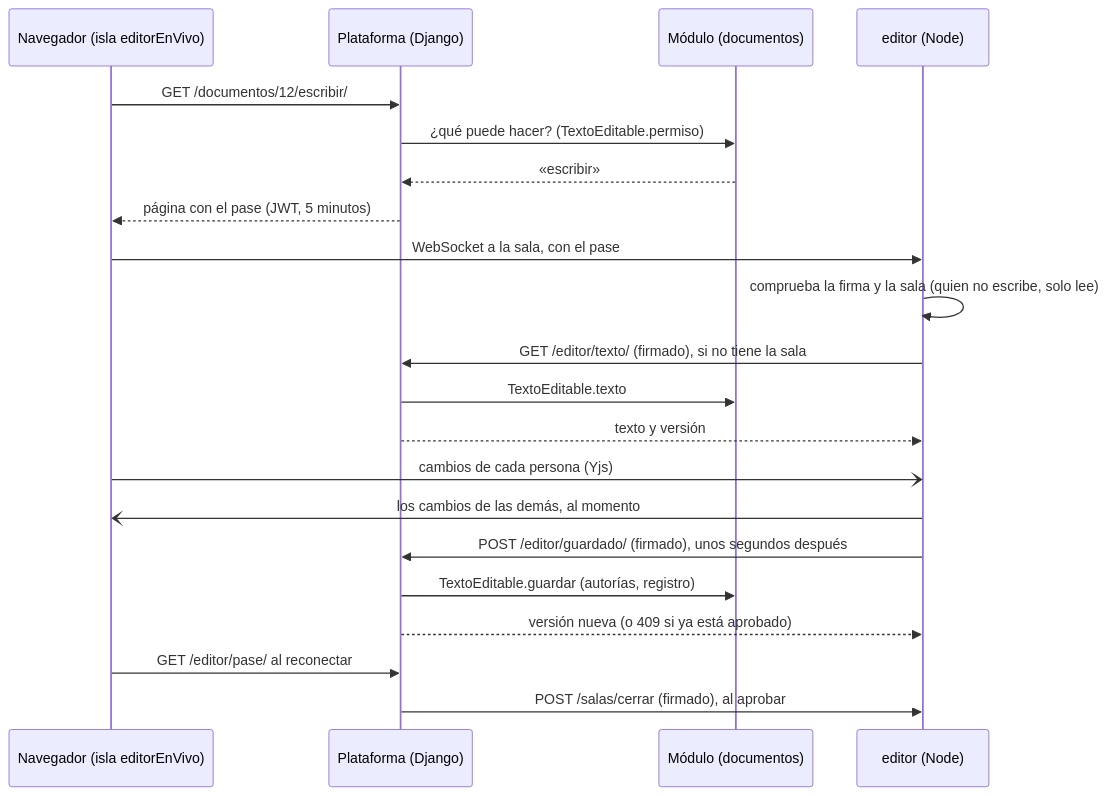
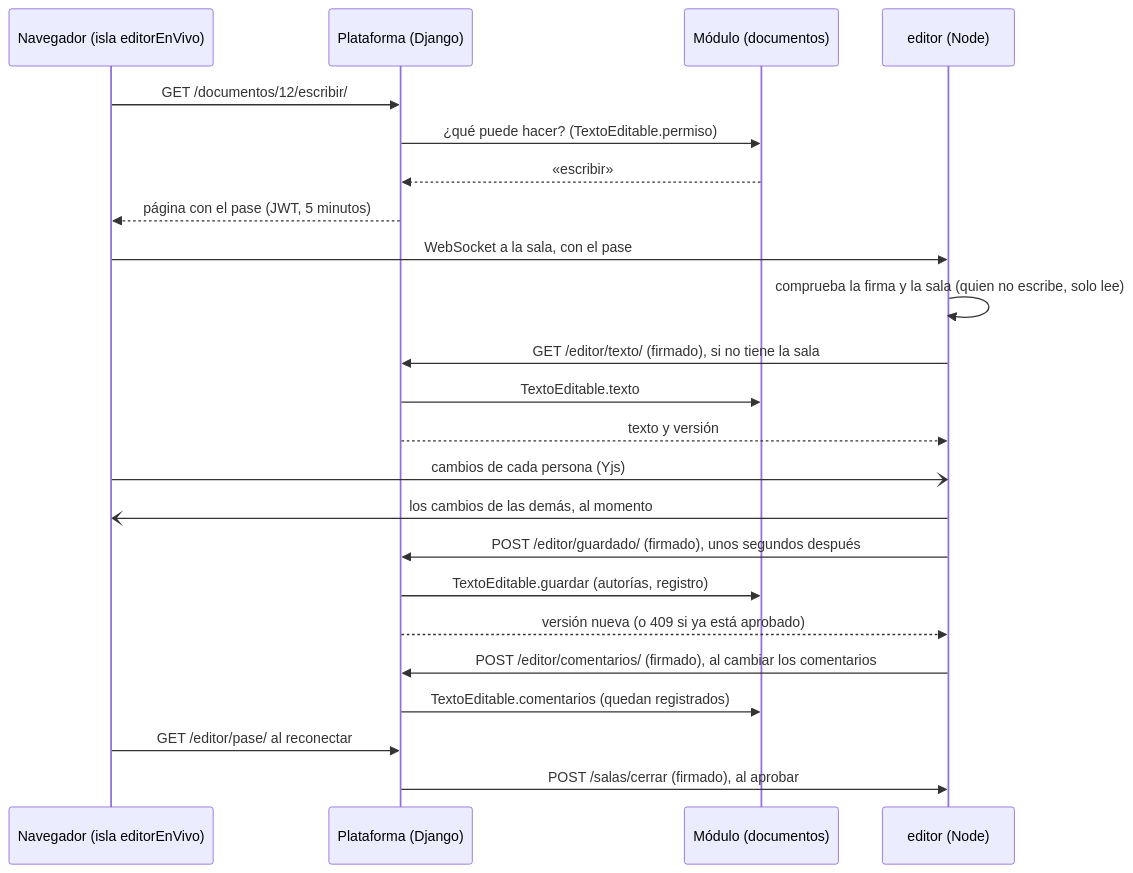
One commit to chemabc/groupy changed diagram 39 of 39 in docs/arquitectura.md. Above: the diagram before and after it, drawn with Mermaid. The commit also changed 20 other files, not shown here.

First line of the commit message:
Comentarios del editor registrados en la plataforma y versiones de cada documento (ver, comparar y volver)

````diff
--- a/docs/arquitectura.md
+++ b/docs/arquitectura.md
@@ -1122,23 +1122,25 @@
 ```mermaid
 sequenceDiagram
   participant N as Navegador (isla editorEnVivo)
   participant P as Plataforma (Django)
   participant M as Módulo (documentos)
   participant E as editor (Node)
   N->>P: GET /documentos/12/escribir/
   P->>M: ¿qué puede hacer? (TextoEditable.permiso)
   M-->>P: «escribir»
   P-->>N: página con el pase (JWT, 5 minutos)
   N->>E: WebSocket a la sala, con el pase
   E->>E: comprueba la firma y la sala (quien no escribe, solo lee)
   E->>P: GET /editor/texto/ (firmado), si no tiene la sala
   P->>M: TextoEditable.texto
   P-->>E: texto y versión
   N-)E: cambios de cada persona (Yjs)
   E-)N: los cambios de las demás, al momento
   E->>P: POST /editor/guardado/ (firmado), unos segundos después
   P->>M: TextoEditable.guardar (autorías, registro)
   P-->>E: versión nueva (o 409 si ya está aprobado)
+  E->>P: POST /editor/comentarios/ (firmado), al cambiar los comentarios
+  P->>M: TextoEditable.comentarios (quedan registrados)
   N->>P: GET /editor/pase/ al reconectar
   P->>E: POST /salas/cerrar (firmado), al aprobar
 ```
````
